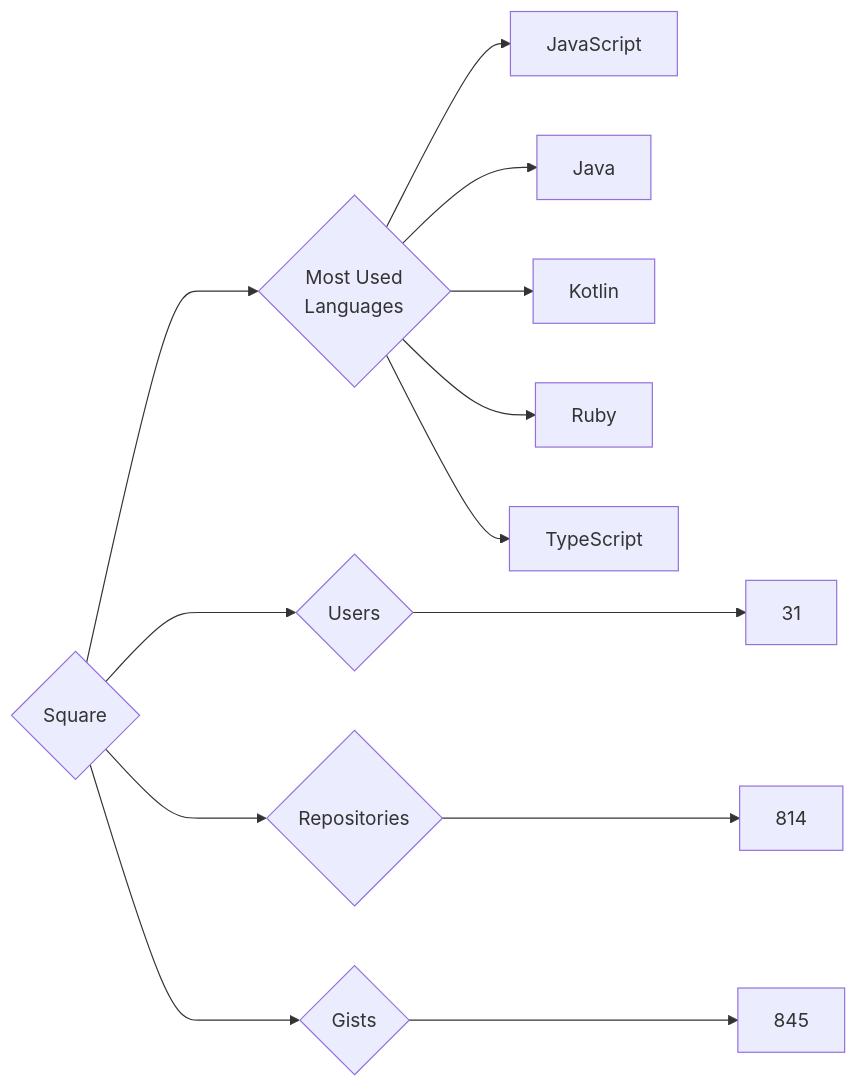
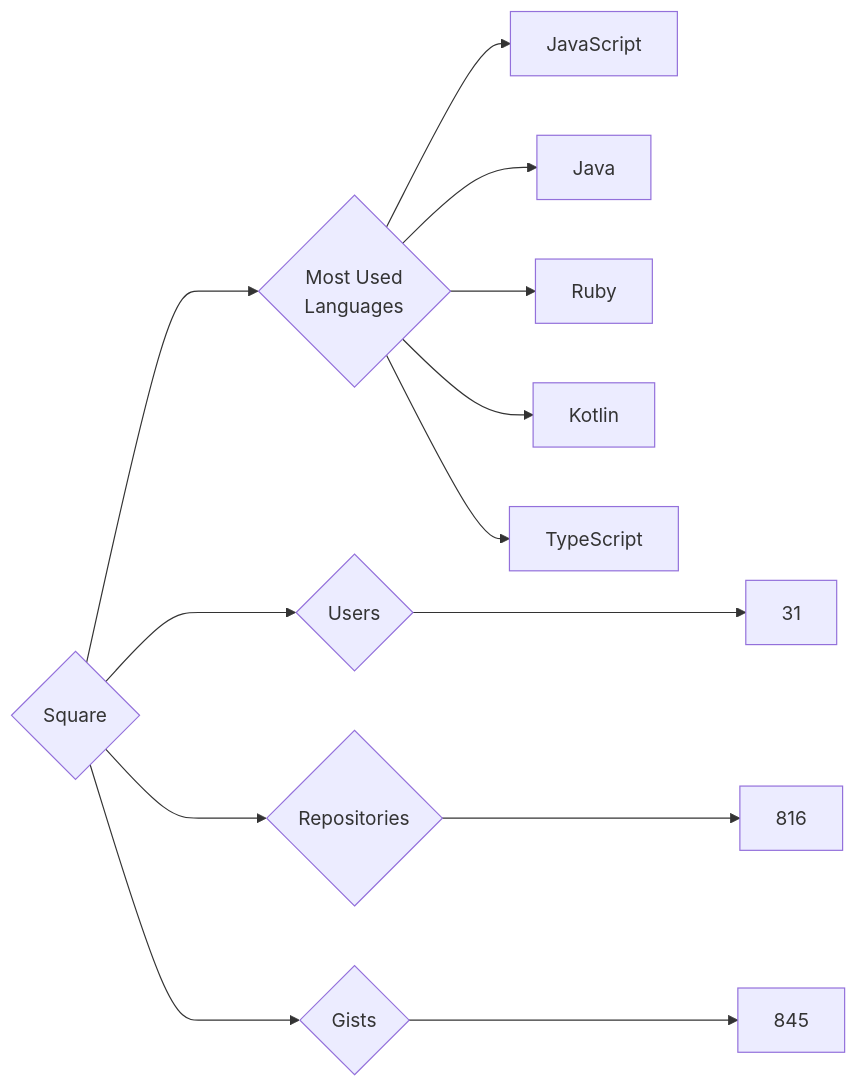
The diagram in targets/Square/README.md (trickest/insiders), drawn with Mermaid before and after one commit. The commit also changed 770 other files, not shown here.

````diff
--- a/targets/Square/README.md
+++ b/targets/Square/README.md
@@ -3,13 +3,13 @@
 ```mermaid
 graph LR
 COMPANY_NAME{Square}
 COMPANY_NAME ---> U{Users} ---> UN[31]
-COMPANY_NAME ---> R{Repositories} ---> RN[814]
+COMPANY_NAME ---> R{Repositories} ---> RN[816]
 COMPANY_NAME ---> G{Gists} ---> GN[845]
 COMPANY_NAME ---> ML{Most Used<br>Languages}
 ML --> JavaScript[JavaScript]
 ML --> Java[Java]
+ML --> Ruby[Ruby]
 ML --> Kotlin[Kotlin]
-ML --> Ruby[Ruby]
 ML --> TypeScript[TypeScript]
 ```
````
